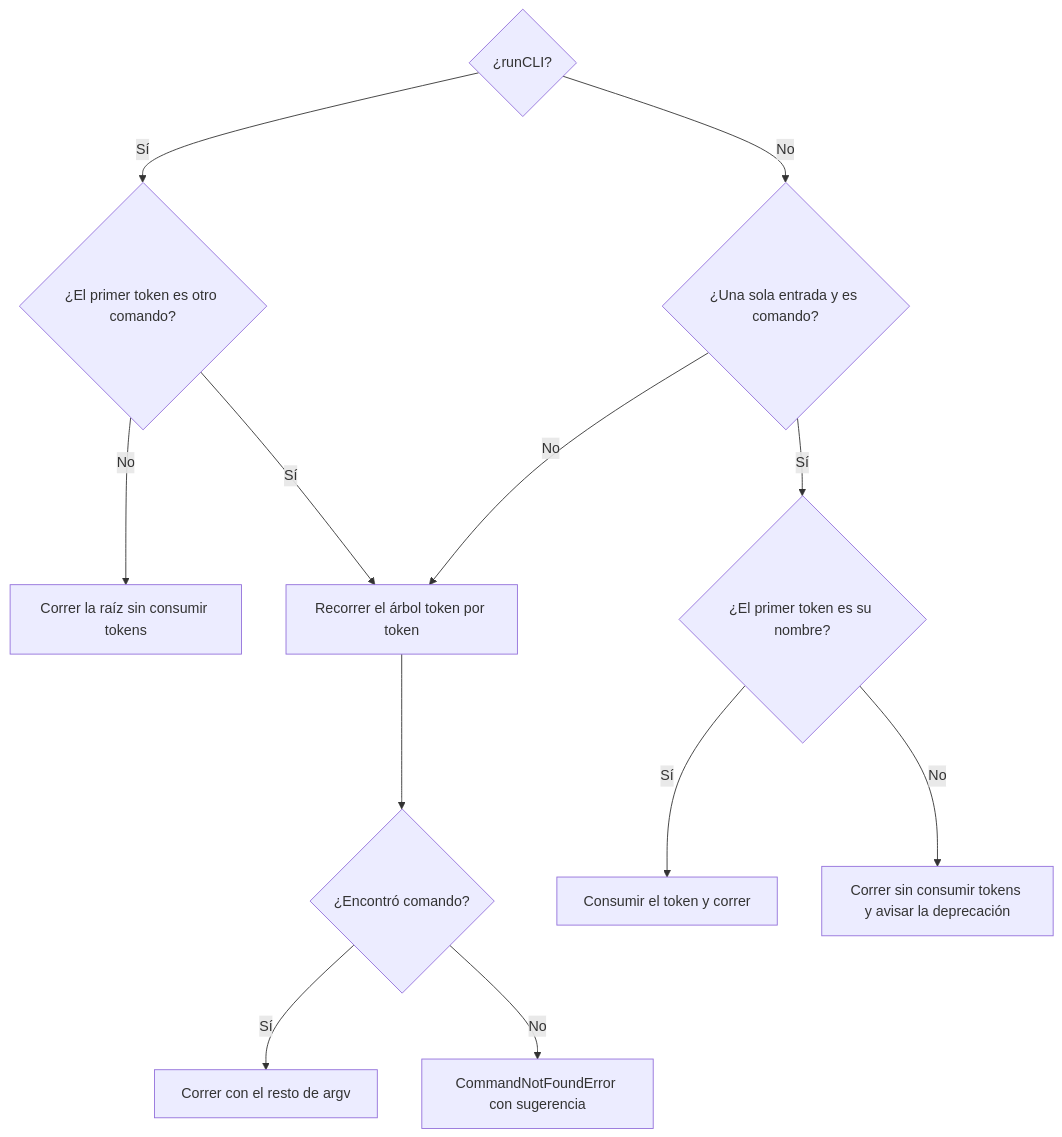
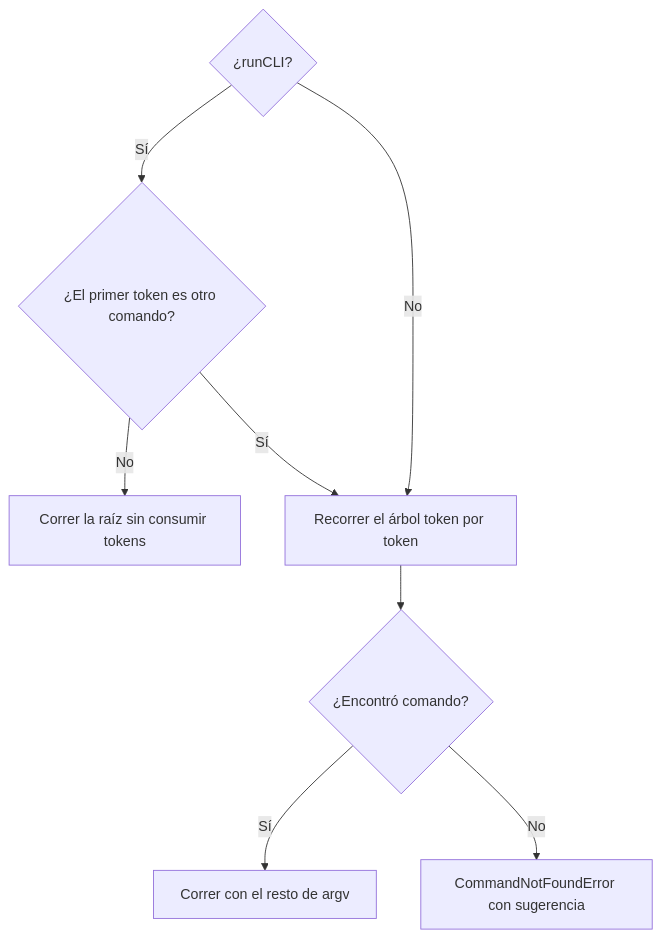
The second of 3 diagrams in docs/flows/cli-lifecycle.md (jrodrigopuca/runa-cmd), drawn with Mermaid before and after one commit. The commit also changed other lines of this file and 16 other files, not shown here.

````diff
--- a/docs/flows/cli-lifecycle.md
+++ b/docs/flows/cli-lifecycle.md
@@ -66,14 +66,10 @@
 ```mermaid
 flowchart TD
     R{"¿runCLI?"} -->|Sí| R1{"¿El primer token es otro comando?"}
     R1 -->|No| R2["Correr la raíz sin consumir tokens"]
     R1 -->|Sí| D
-    R -->|No| A{"¿Una sola entrada y es comando?"}
-    A -->|No| D["Recorrer el árbol token por token"]
-    A -->|Sí| B{"¿El primer token es su nombre?"}
-    B -->|Sí| C1["Consumir el token y correr"]
-    B -->|No| C2["Correr sin consumir tokens y avisar la deprecación"]
+    R -->|No| D["Recorrer el árbol token por token"]
     D --> E{"¿Encontró comando?"}
     E -->|Sí| F["Correr con el resto de argv"]
     E -->|No| G["CommandNotFoundError con sugerencia"]
 ```
````
